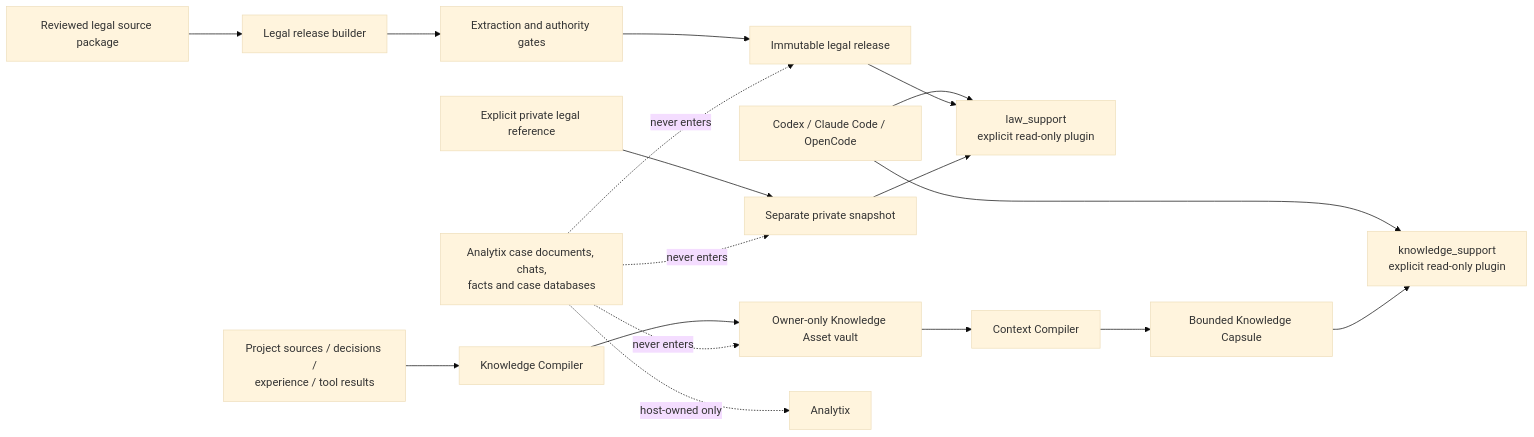
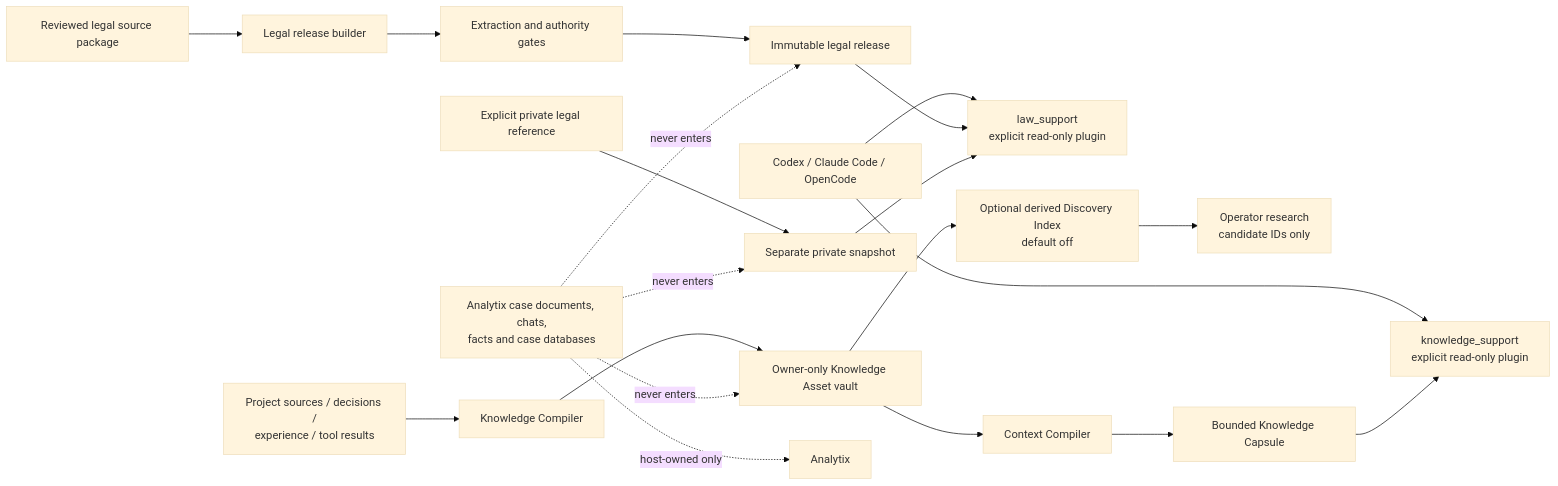
Before and after one commit to Eysn0130/DeepLaw: the diagram in docs/ARCHITECTURE.md, drawn with Mermaid (base theme). The commit also changed other lines of this file and 39 other files, not shown here.

Commit message:
feat(knowledge): add gated discovery index

````diff
--- a/docs/ARCHITECTURE.md
+++ b/docs/ARCHITECTURE.md
@@ -136,23 +139,25 @@
 ```mermaid
 flowchart LR
     A["Codex / Claude Code / OpenCode"] --> KS["knowledge_support\nexplicit read-only plugin"]
     A --> LS["law_support\nexplicit read-only plugin"]
 
     KIN["Project sources / decisions /\nexperience / tool results"] --> KC["Knowledge Compiler"]
     KC --> KV["Owner-only Knowledge Asset vault"]
     KV --> CC["Context Compiler"]
+    KV --> DI["Optional derived Discovery Index\ndefault off"]
+    DI --> DR["Operator research\ncandidate IDs only"]
     CC --> KP["Bounded Knowledge Capsule"]
     KP --> KS
 
     SIN["Reviewed legal source package"] --> LB["Legal release builder"]
     LB --> LQ["Extraction and authority gates"]
     LQ --> LR["Immutable legal release"]
     LU["Explicit private legal reference"] --> LP["Separate private snapshot"]
     LR --> LS
     LP --> LS
 
     CASE["Analytix case documents, chats,\nfacts and case databases"] -. "host-owned only" .-> AX["Analytix"]
     CASE -. "never enters" .-> KV
     CASE -. "never enters" .-> LR
     CASE -. "never enters" .-> LP
 ```
````
